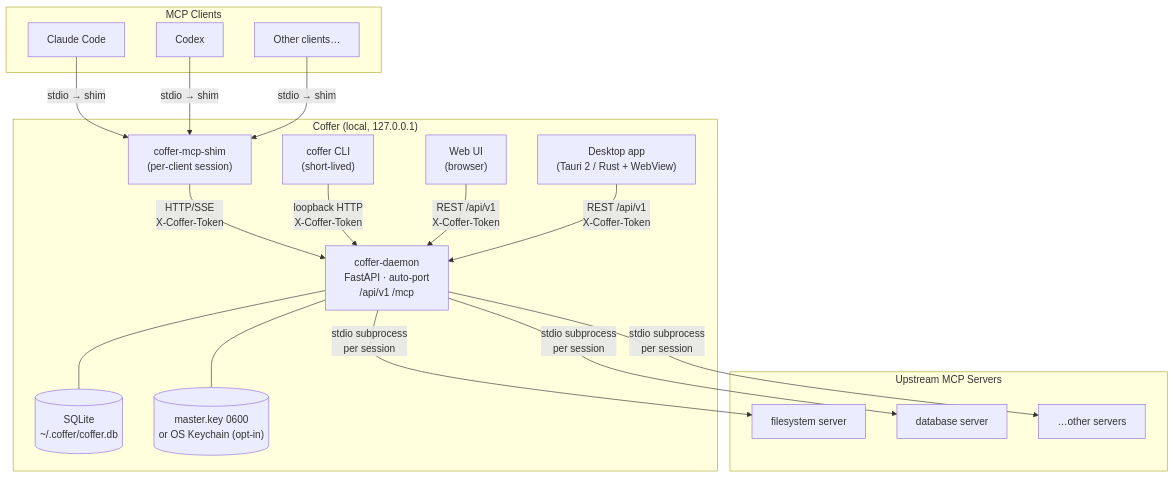
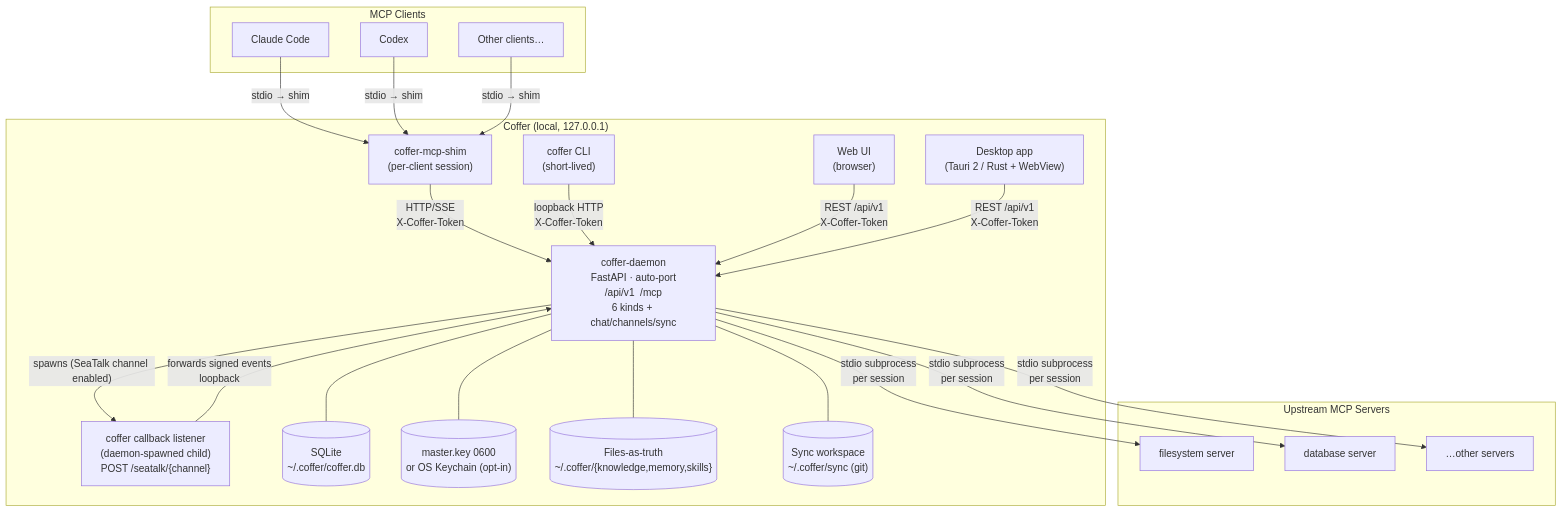
Before and after one commit to wyx-sg/Coffer: the diagram in docs-site/architecture/overview.md, drawn with Mermaid. The commit also changed other lines of this file and 42 other files, not shown here.

````diff
--- a/docs-site/architecture/overview.md
+++ b/docs-site/architecture/overview.md
@@ -11,37 +11,44 @@
 ```mermaid
 flowchart TD
     subgraph clients["MCP Clients"]
         CC["Claude Code"]
         CX["Codex"]
         OT["Other clients…"]
     end
 
     subgraph coffer["Coffer (local, 127.0.0.1)"]
         CLI["coffer CLI\n(short-lived)"]
         SHIM["coffer-mcp-shim\n(per-client session)"]
         WEBUI["Web UI\n(browser)"]
         DESKTOP["Desktop app\n(Tauri 2 / Rust + WebView)"]
-        DAEMON["coffer-daemon\nFastAPI · auto-port\n/api/v1  /mcp"]
+        DAEMON["coffer-daemon\nFastAPI · auto-port\n/api/v1  /mcp\n6 kinds + chat/channels/sync"]
+        CB["coffer callback listener\n(daemon-spawned child)\nPOST /seatalk/{channel}"]
         DB[("SQLite\n~/.coffer/coffer.db")]
         MK[("master.key 0600\nor OS Keychain (opt-in)")]
+        FILES[("Files-as-truth\n~/.coffer/{knowledge,memory,skills}")]
+        SYNC[("Sync workspace\n~/.coffer/sync (git)")]
     end
 
     subgraph upstream["Upstream MCP Servers"]
         S1["filesystem server"]
         S2["database server"]
         SN["…other servers"]
     end
 
     CC -->|"stdio → shim"| SHIM
     CX -->|"stdio → shim"| SHIM
     OT -->|"stdio → shim"| SHIM
     SHIM -->|"HTTP/SSE\nX-Coffer-Token"| DAEMON
     CLI -->|"loopback HTTP\nX-Coffer-Token"| DAEMON
     WEBUI -->|"REST /api/v1\nX-Coffer-Token"| DAEMON
     DESKTOP -->|"REST /api/v1\nX-Coffer-Token"| DAEMON
     DAEMON --- DB
     DAEMON --- MK
+    DAEMON --- FILES
+    DAEMON --- SYNC
+    DAEMON -->|"spawns (SeaTalk channel enabled)"| CB
+    CB -->|"forwards signed events\nloopback"| DAEMON
     DAEMON -->|"stdio subprocess\nper session"| S1
     DAEMON -->|"stdio subprocess\nper session"| S2
     DAEMON -->|"stdio subprocess\nper session"| SN
 ```
````
